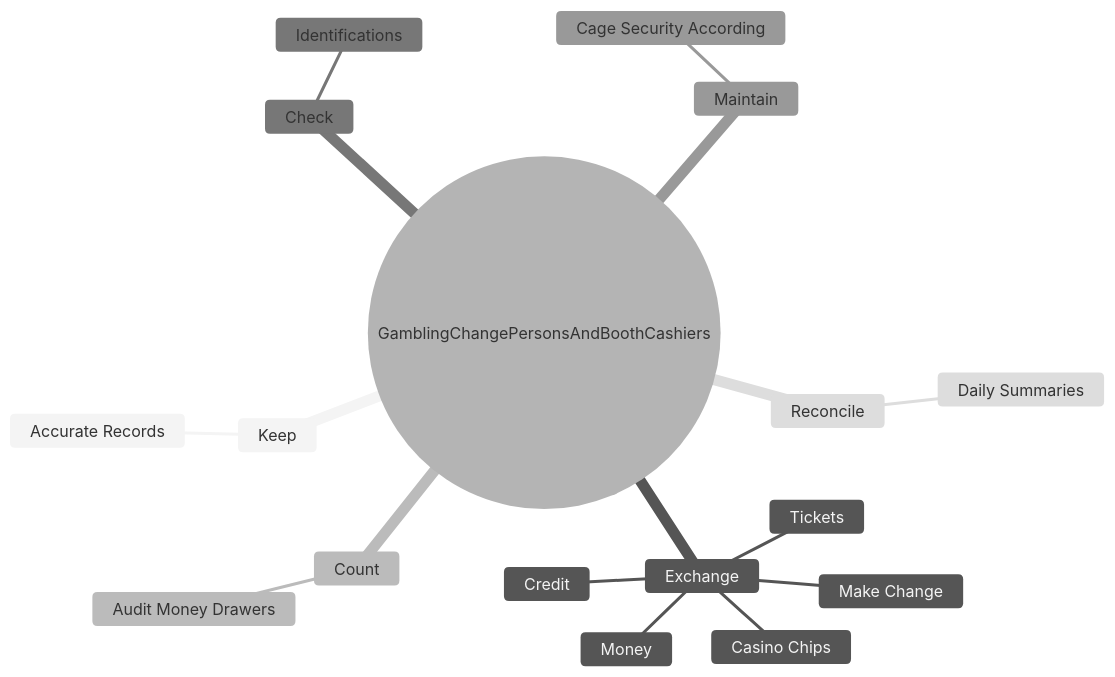
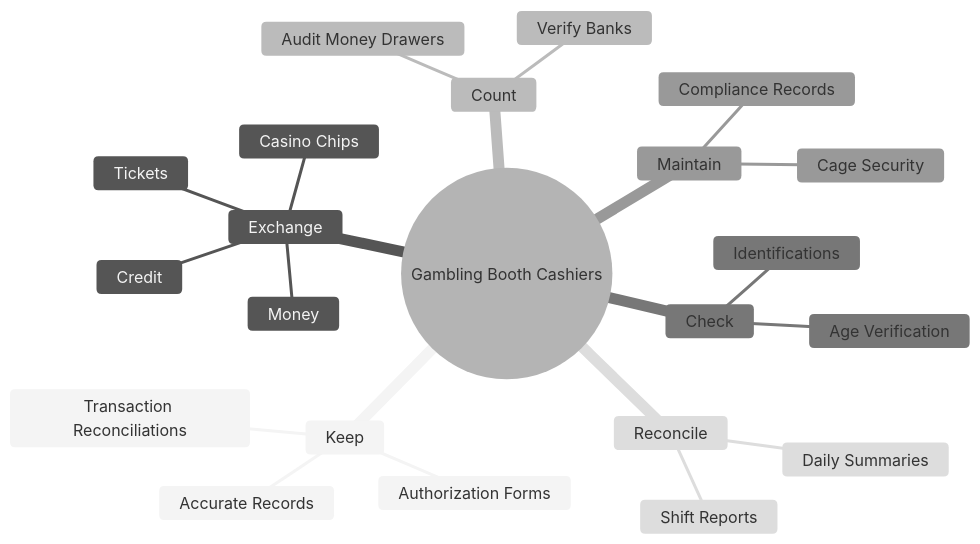
One commit to kziemski/business.org.ai changed the second of 4 diagrams in occupations/Sales/GamblingChangePersonsAndBoothCashiers.mdx. Above: the diagram before and after it, drawn with Mermaid (neutral theme). The commit also changed other lines of this file and 938 other files, not shown here.

````diff
--- a/occupations/Sales/GamblingChangePersonsAndBoothCashiers.mdx
+++ b/occupations/Sales/GamblingChangePersonsAndBoothCashiers.mdx
@@ -37,20 +45,25 @@
 ```mermaid
 mindmap
-    root(("GamblingChangePersonsAndBoothCashiers"))
+    root(("Gambling Booth Cashiers"))
         Keep
             Accurate Records
+            Authorization Forms
+            Transaction Reconciliations
         Exchange
             Money
             Credit
             Tickets
             Casino Chips
-            Make Change
         Count
             Audit Money Drawers
+            Verify Banks
         Check
             Identifications
+            Age Verification
         Maintain
-            Cage Security According
+            Cage Security
+            Compliance Records
         Reconcile
             Daily Summaries
+            Shift Reports
 ```
````
